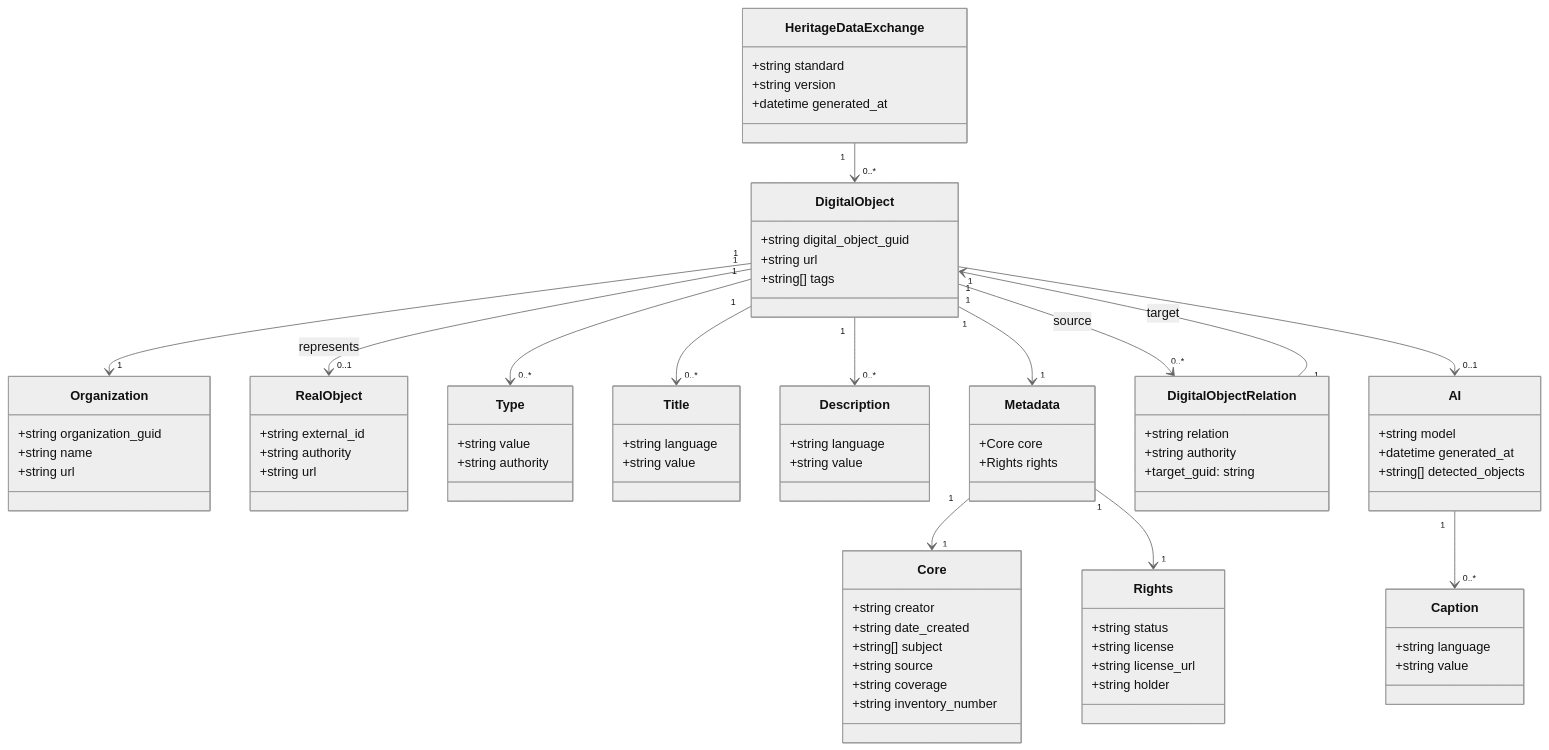
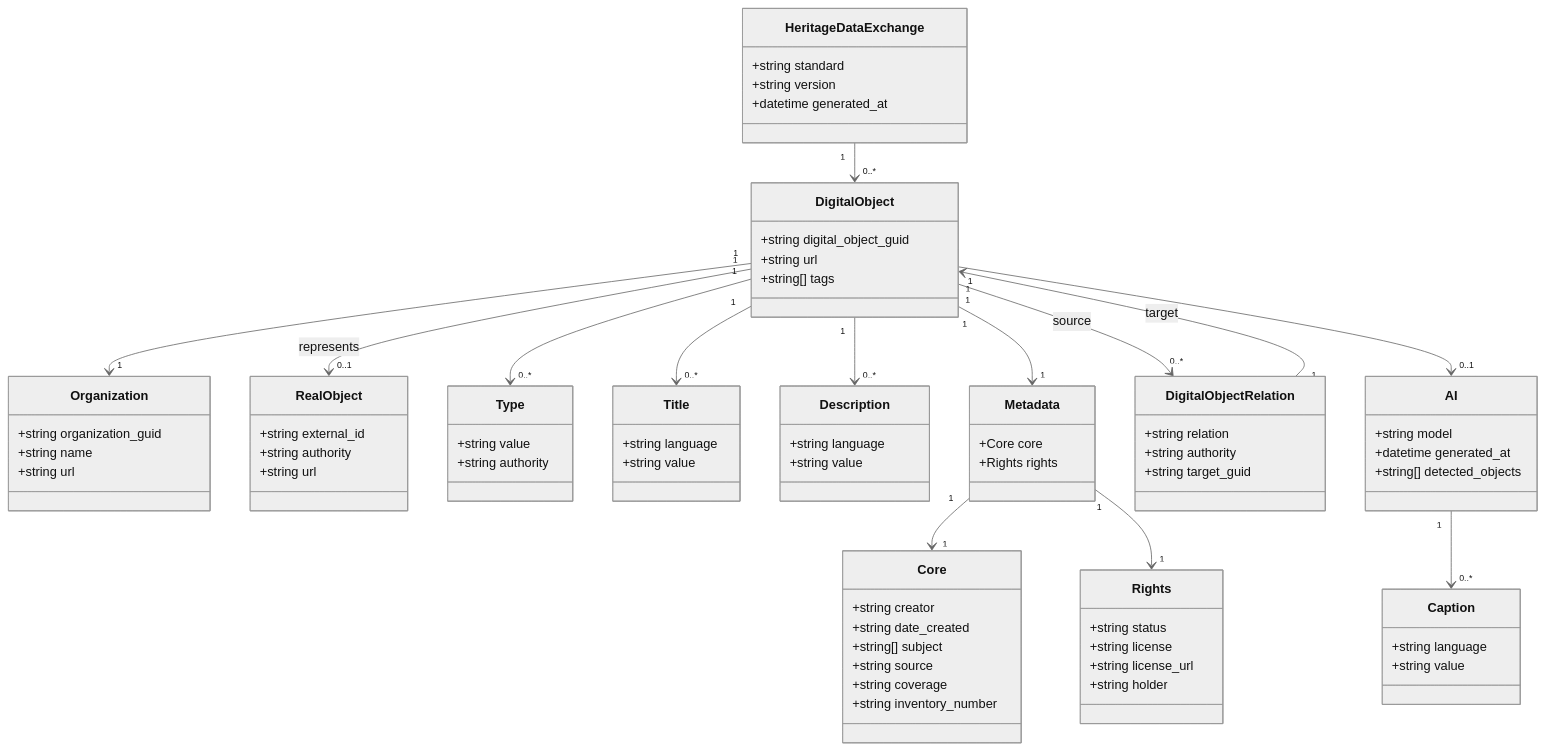
The diagram in docs/ru-federated-cultural-ai-exchange.uml.md (herzen-vis-lab/heritage-data-exchange), drawn with Mermaid (neutral theme) before and after one commit.

```diff
--- a/docs/ru-federated-cultural-ai-exchange.uml.md
+++ b/docs/ru-federated-cultural-ai-exchange.uml.md
@@ -65,7 +65,7 @@
 class DigitalObjectRelation {
     +string relation
     +string authority
-    +target_guid: string
+    +string target_guid
 }
 
 class AI {
```
